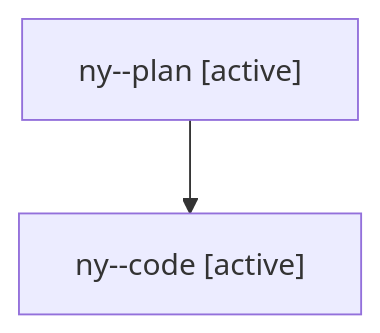
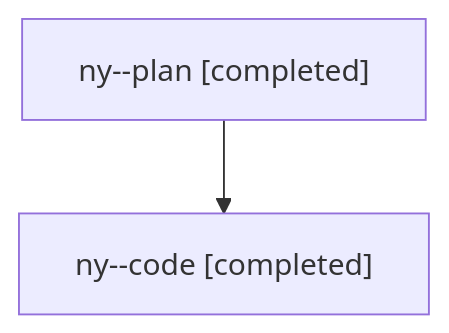
The diagram in families/bbugyi200.athena.ny.md (sase-org/sase--agents), drawn with Mermaid before and after one commit. The commit also changed other lines of this file and 57 other files, not shown here.

````diff
--- a/families/bbugyi200.athena.ny.md
+++ b/families/bbugyi200.athena.ny.md
@@ -9,6 +9,6 @@
 ```mermaid
 flowchart TD
-  n0["ny--plan [active]"]
-  n1["ny--code [active]"]
+  n0["ny--plan [completed]"]
+  n1["ny--code [completed]"]
   n0 --> n1
 ```
````
